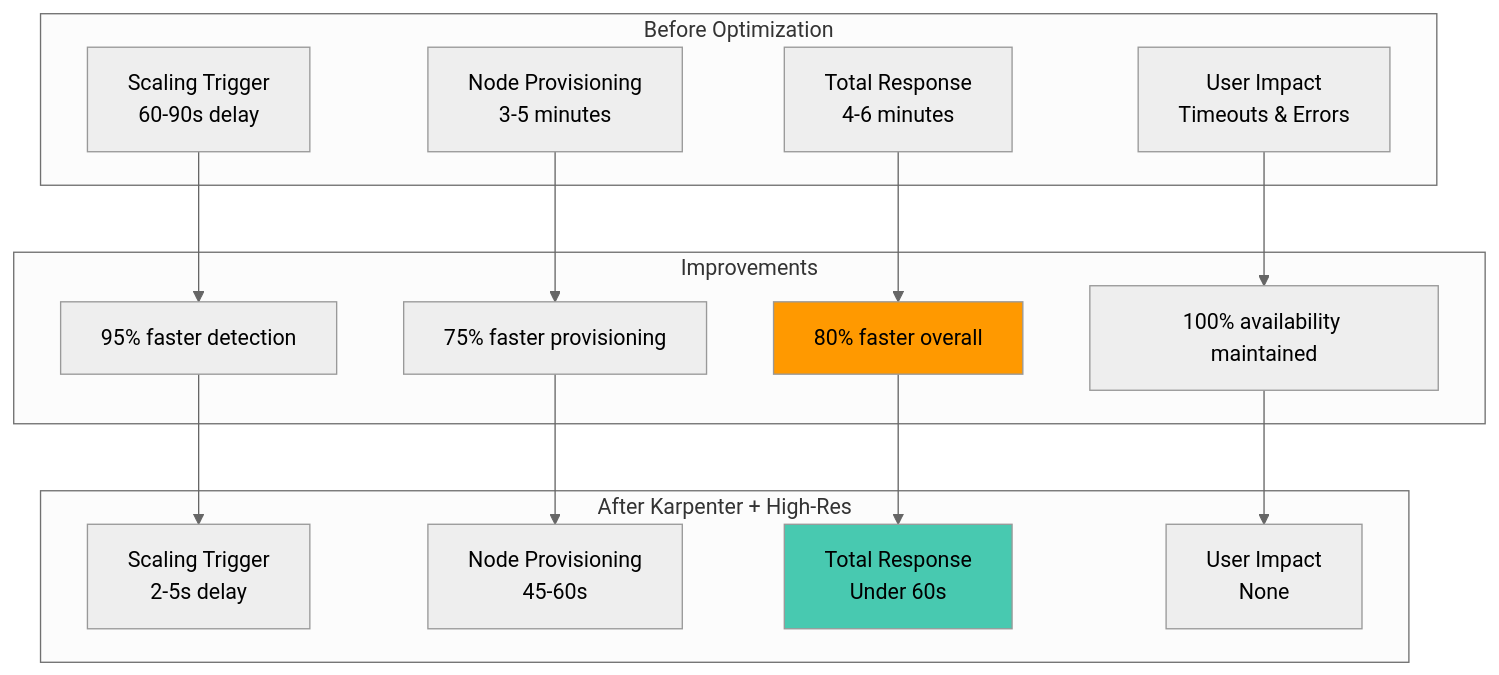
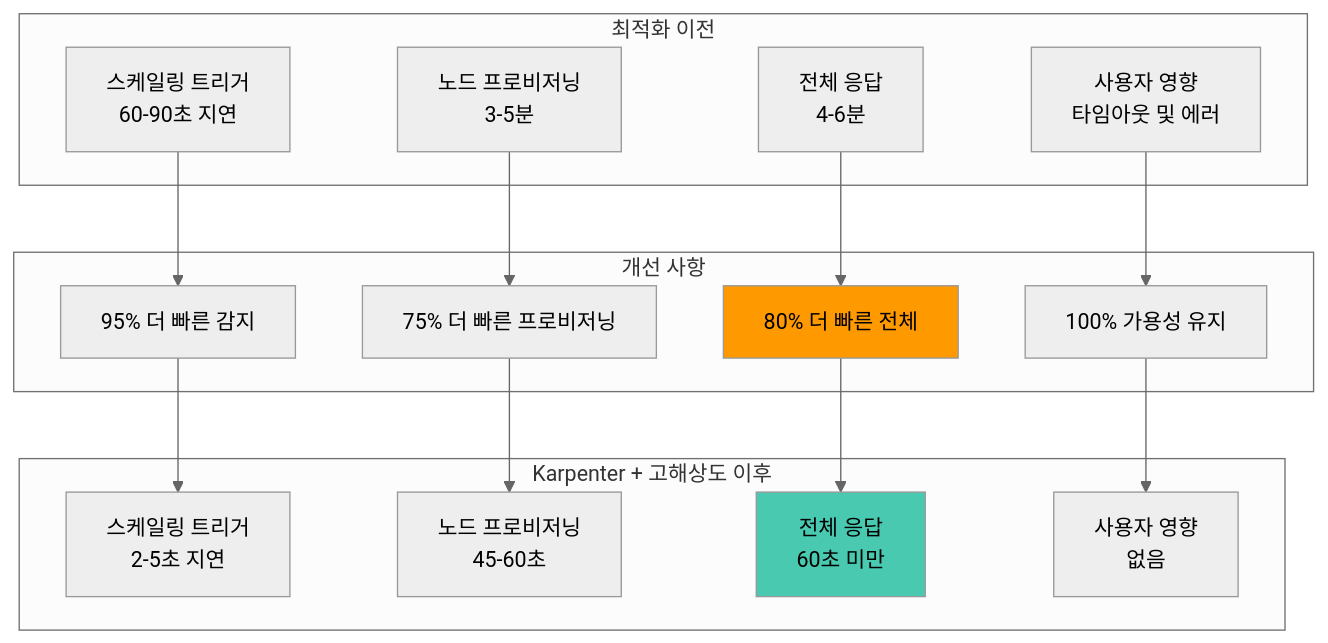
Diagram 11 of 13 in docs/performance-networking/karpenter-autoscaling.md (devfloor9/engineering-playbook), drawn with Mermaid (neutral theme) before and after one commit. The commit also changed other lines of this file and 30 other files, not shown here.

````diff
--- a/docs/performance-networking/karpenter-autoscaling.md
+++ b/docs/performance-networking/karpenter-autoscaling.md
@@ -490,37 +582,37 @@
 ```mermaid
 graph TB
-    subgraph "Before Optimization"
-        B1[Scaling Trigger<br/>60-90s delay]
-        B2[Node Provisioning<br/>3-5 minutes]
-        B3[Total Response<br/>4-6 minutes]
-        B4[User Impact<br/>Timeouts & Errors]
+    subgraph "최적화 이전"
+        B1[스케일링 트리거<br/>60-90초 지연]
+        B2[노드 프로비저닝<br/>3-5분]
+        B3[전체 응답<br/>4-6분]
+        B4[사용자 영향<br/>타임아웃 및 에러]
     end
 
-    subgraph "After Karpenter + High-Res"
-        A1[Scaling Trigger<br/>2-5s delay]
-        A2[Node Provisioning<br/>45-60s]
-        A3[Total Response<br/>Under 60s]
-        A4[User Impact<br/>None]
+    subgraph "Karpenter + 고해상도 이후"
+        A1[스케일링 트리거<br/>2-5초 지연]
+        A2[노드 프로비저닝<br/>45-60초]
+        A3[전체 응답<br/>60초 미만]
+        A4[사용자 영향<br/>없음]
     end
 
-    subgraph "Improvements"
-        I1[95% faster detection]
-        I2[75% faster provisioning]
-        I3[80% faster overall]
-        I4[100% availability maintained]
+    subgraph "개선 사항"
+        I1[95% 더 빠른 감지]
+        I2[75% 더 빠른 프로비저닝]
+        I3[80% 더 빠른 전체]
+        I4[100% 가용성 유지]
     end
 
     B1 --> I1
     B2 --> I2
     B3 --> I3
     B4 --> I4
 
     I1 --> A1
     I2 --> A2
     I3 --> A3
     I4 --> A4
 
     style A3 fill:#48C9B0
     style I3 fill:#ff9900
 
 ```
````
